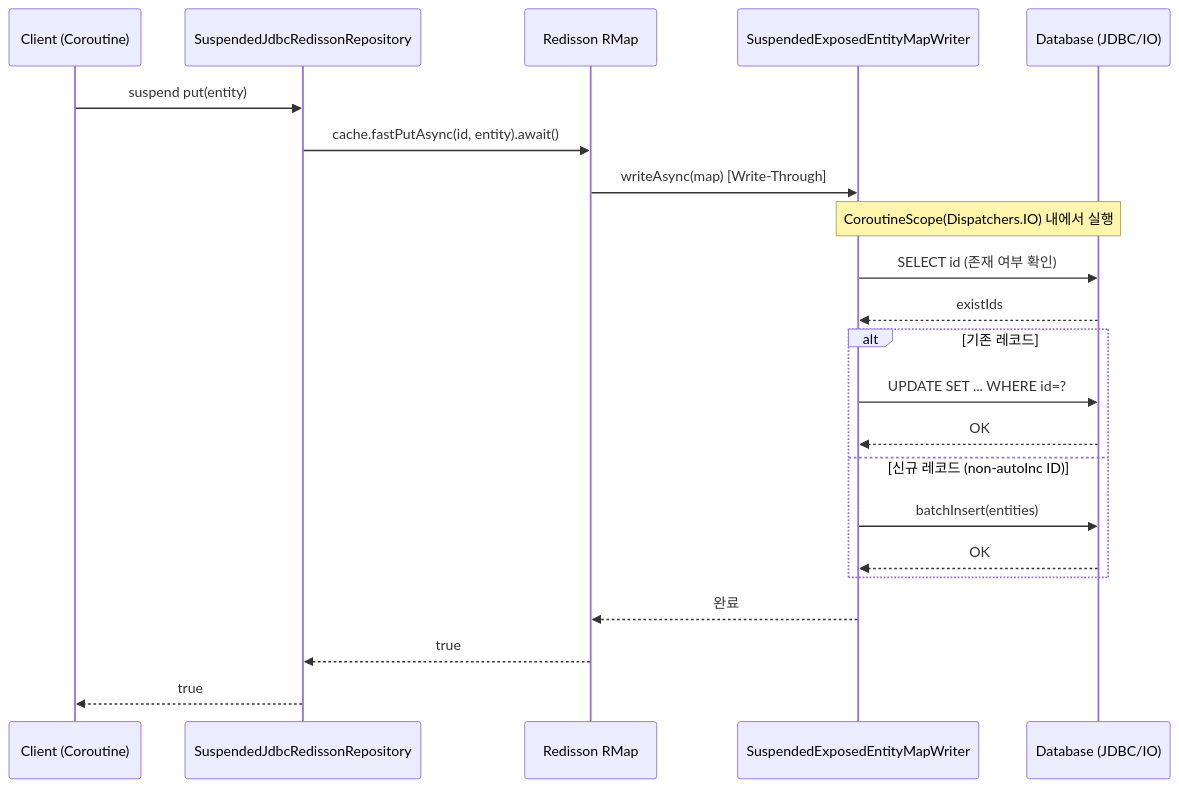
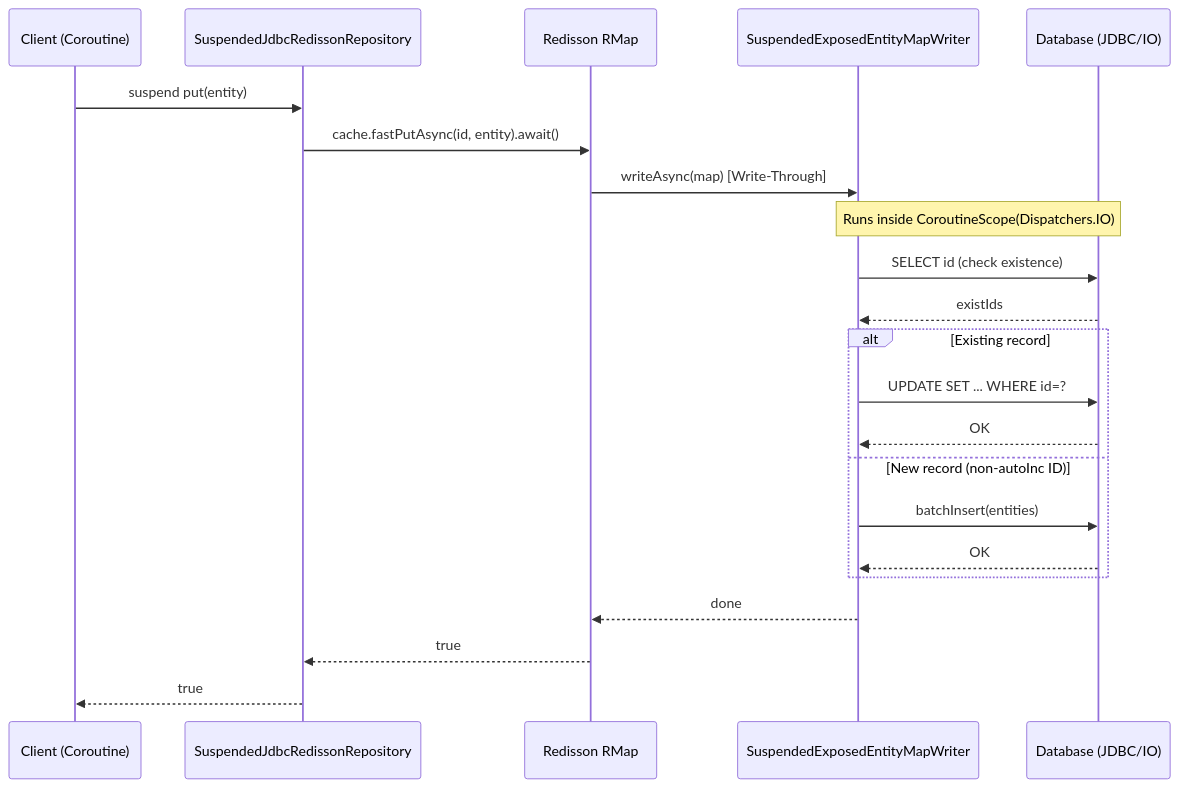
One commit to bluetape4k/bluetape4k-projects changed the eighth of 9 diagrams in data/exposed-jdbc-redisson/README.md. Above: the diagram before and after it, drawn with Mermaid. The commit also changed other lines of this file and 265 other files, not shown here.

````diff
--- a/data/exposed-jdbc-redisson/README.md
+++ b/data/exposed-jdbc-redisson/README.md
@@ -498,25 +499,25 @@
 ```mermaid
 sequenceDiagram
     participant Client as Client (Coroutine)
     participant Repo as SuspendedJdbcRedissonRepository
     participant RMap as Redisson RMap
     participant Writer as SuspendedExposedEntityMapWriter
     participant DB as Database (JDBC/IO)
 
     Client->>Repo: suspend put(entity)
     Repo->>RMap: cache.fastPutAsync(id, entity).await()
     RMap->>Writer: writeAsync(map) [Write-Through]
-    Note over Writer,DB: CoroutineScope(Dispatchers.IO) 내에서 실행
-    Writer->>DB: SELECT id (존재 여부 확인)
+    Note over Writer,DB: Runs inside CoroutineScope(Dispatchers.IO)
+    Writer->>DB: SELECT id (check existence)
     DB-->>Writer: existIds
-    alt 기존 레코드
+    alt Existing record
         Writer->>DB: UPDATE SET ... WHERE id=?
         DB-->>Writer: OK
-    else 신규 레코드 (non-autoInc ID)
+    else New record (non-autoInc ID)
         Writer->>DB: batchInsert(entities)
         DB-->>Writer: OK
     end
-    Writer-->>RMap: 완료
+    Writer-->>RMap: done
     RMap-->>Repo: true
     Repo-->>Client: true
 ```
````
